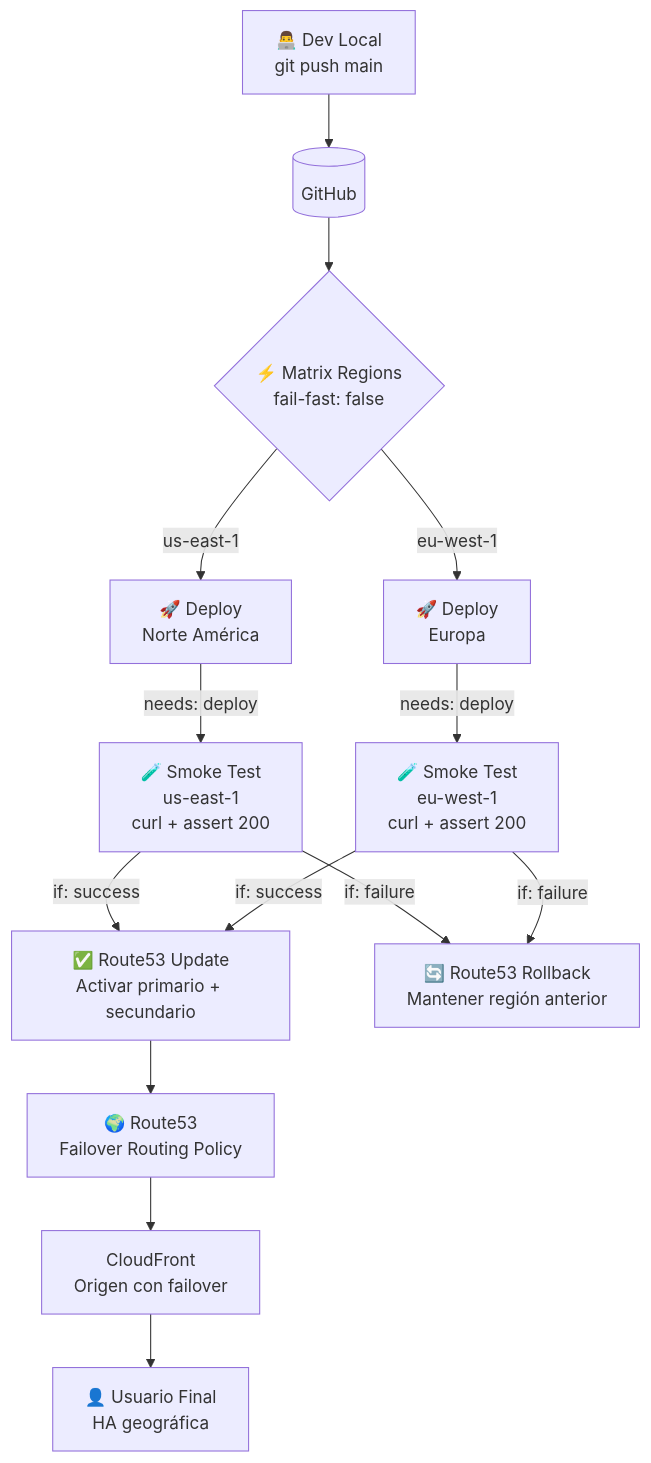
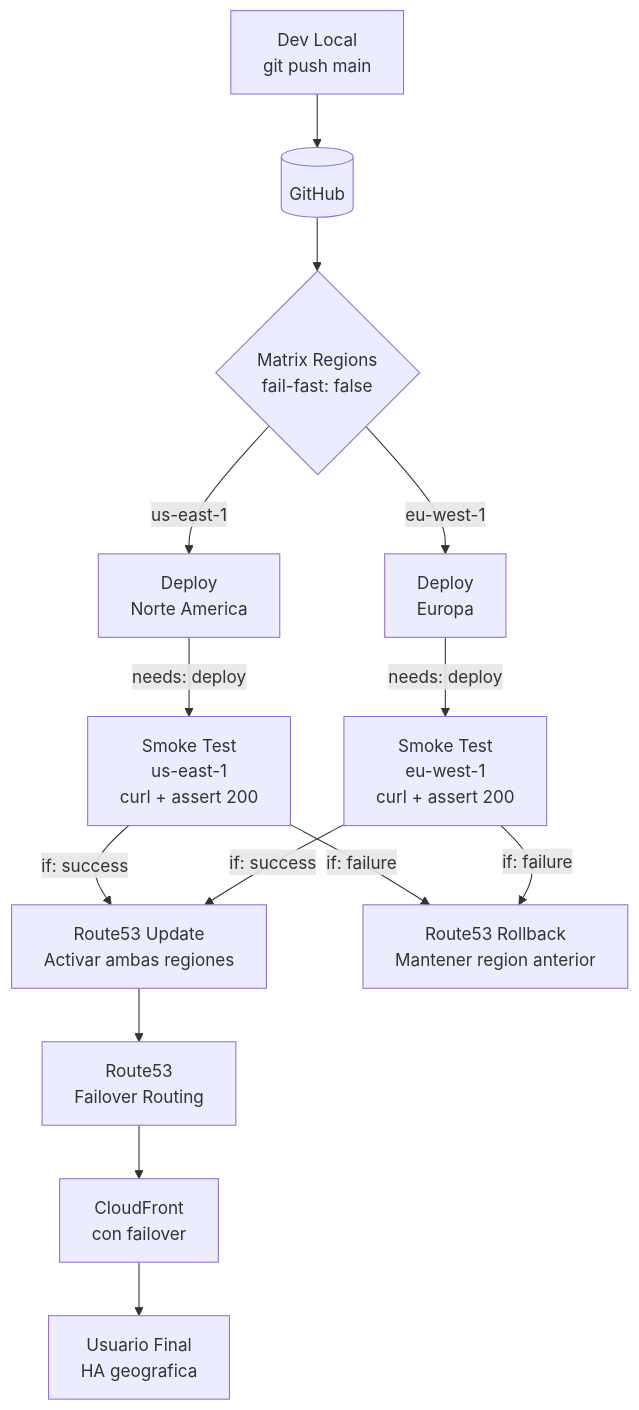
One commit to vladimiracunadev-create/proyectos-aws changed the diagram in caso-10-multiregion-dr/README.md. Above: the diagram before and after it, drawn with Mermaid. The commit also changed 13 other files, not shown here.

First line of the commit message:
fix: corregir diagramas Mermaid + crear AWS_PASO_A_PASO para casos 01 y 02

````diff
--- a/caso-10-multiregion-dr/README.md
+++ b/caso-10-multiregion-dr/README.md
@@ -38,18 +38,20 @@
 ```mermaid
 flowchart TB
-    DEV[👨‍💻 Dev Local\ngit push main] --> GH[(GitHub)]
+    DEV[Dev Local\ngit push main] --> GH[(GitHub)]
 
-    GH --> MAT{⚡ Matrix Regions\nfail-fast: false}
-    MAT -->|us-east-1| D1[🚀 Deploy\nNorte América]
-    MAT -->|eu-west-1| D2[🚀 Deploy\nEuropa]
+    GH --> MAT{Matrix Regions\nfail-fast: false}
+    MAT -->|us-east-1| D1[Deploy\nNorte America]
+    MAT -->|eu-west-1| D2[Deploy\nEuropa]
 
-    D1 -->|needs: deploy| ST1[🧪 Smoke Test\nus-east-1\ncurl + assert 200]
-    D2 -->|needs: deploy| ST2[🧪 Smoke Test\neu-west-1\ncurl + assert 200]
+    D1 -->|needs: deploy| ST1[Smoke Test\nus-east-1\ncurl + assert 200]
+    D2 -->|needs: deploy| ST2[Smoke Test\neu-west-1\ncurl + assert 200]
 
-    ST1 & ST2 -->|if: success| R53U[✅ Route53 Update\nActivar primario + secundario]
-    ST1 & ST2 -->|if: failure| R53R[🔄 Route53 Rollback\nMantener región anterior]
+    ST1 -->|if: success| R53U[Route53 Update\nActivar ambas regiones]
+    ST2 -->|if: success| R53U
+    ST1 -->|if: failure| R53R[Route53 Rollback\nMantener region anterior]
+    ST2 -->|if: failure| R53R
 
-    R53U --> R53[🌍 Route53\nFailover Routing Policy]
-    R53 --> CDN[CloudFront\nOrigen con failover]
-    CDN --> USER[👤 Usuario Final\nHA geográfica]
+    R53U --> R53[Route53\nFailover Routing]
+    R53 --> CDN[CloudFront\ncon failover]
+    CDN --> USER[Usuario Final\nHA geografica]
 ```
````
